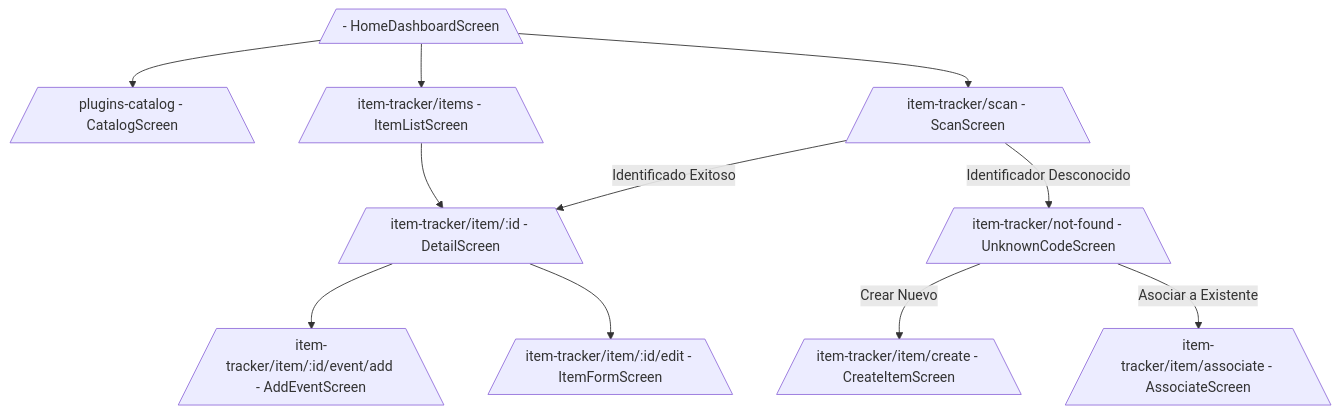
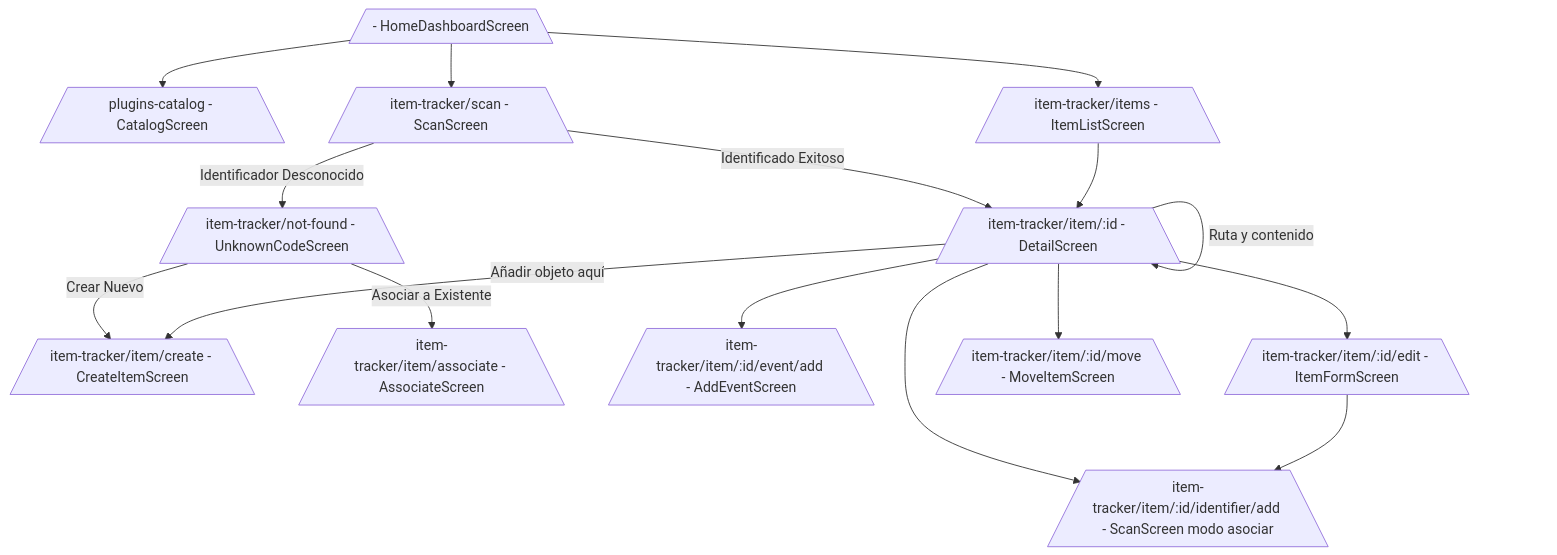
Before and after one commit to cristian2024/home_tasks: the third of 4 diagrams in specs/app_spec.md, drawn with Mermaid. The commit also changed other lines of this file and 6 other files, not shown here.

````diff
--- a/specs/app_spec.md
+++ b/specs/app_spec.md
@@ -807,13 +850,18 @@
 ```mermaid
 graph TD
     Home[/ - HomeDashboardScreen\] --> Catalog[/plugins-catalog - CatalogScreen\]
     Home --> Scan[/item-tracker/scan - ScanScreen\]
     Scan -->|Identificado Exitoso| Detail[/item-tracker/item/:id - DetailScreen\]
     Scan -->|Identificador Desconocido| NotFound[/item-tracker/not-found - UnknownCodeScreen\]
     NotFound -->|Crear Nuevo| Create[/item-tracker/item/create - CreateItemScreen\]
     NotFound -->|Asociar a Existente| Associate[/item-tracker/item/associate - AssociateScreen\]
     Detail --> AddEvent[/item-tracker/item/:id/event/add - AddEventScreen\]
     Detail --> Edit[/item-tracker/item/:id/edit - ItemFormScreen\]
+    Detail --> AddIdentifier[/item-tracker/item/:id/identifier/add - ScanScreen modo asociar\]
+    Edit --> AddIdentifier
+    Detail --> Move[/item-tracker/item/:id/move - MoveItemScreen\]
+    Detail -->|Añadir objeto aquí| Create
+    Detail -->|Ruta y contenido| Detail
     Home --> Items[/item-tracker/items - ItemListScreen\]
     Items --> Detail
 ```
````
